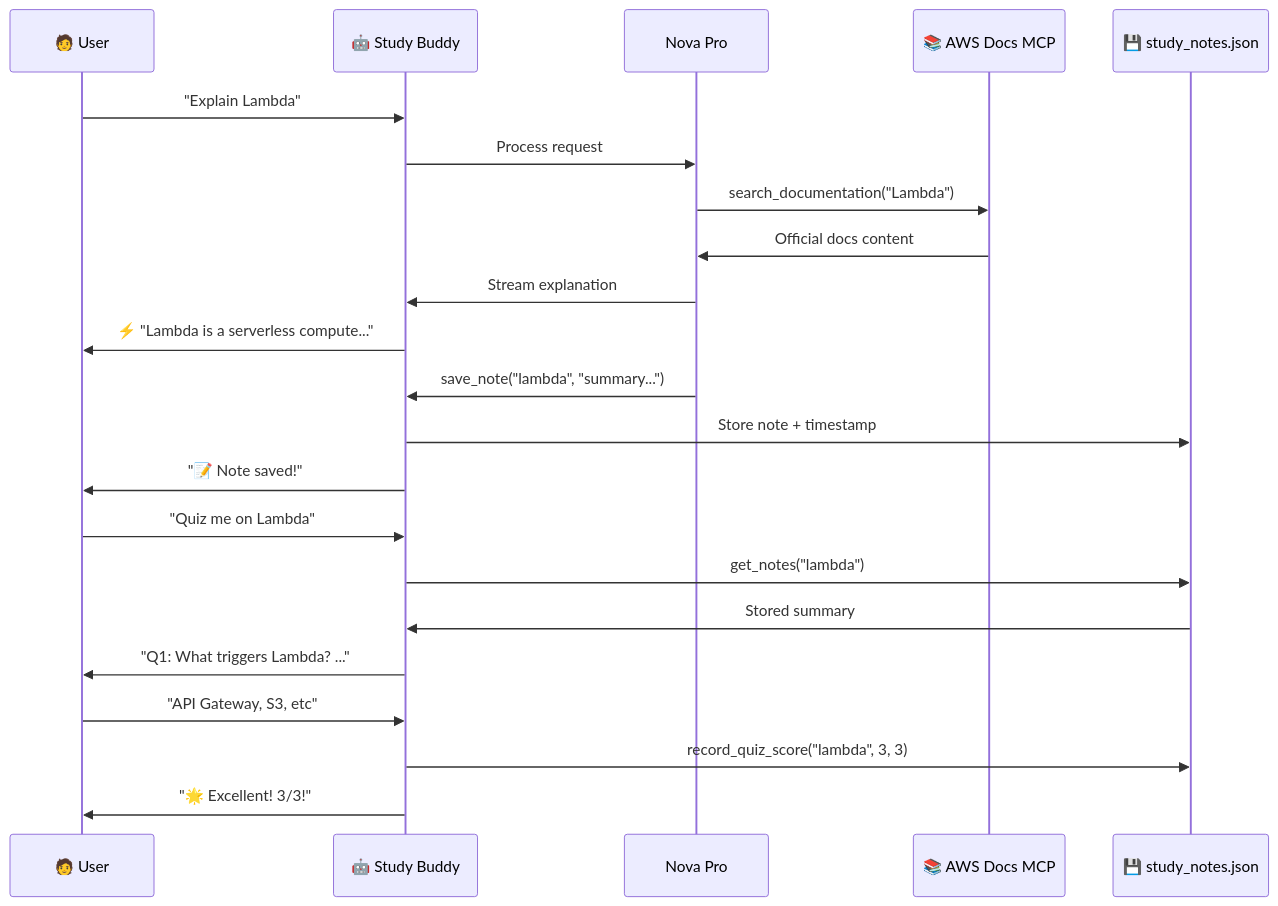
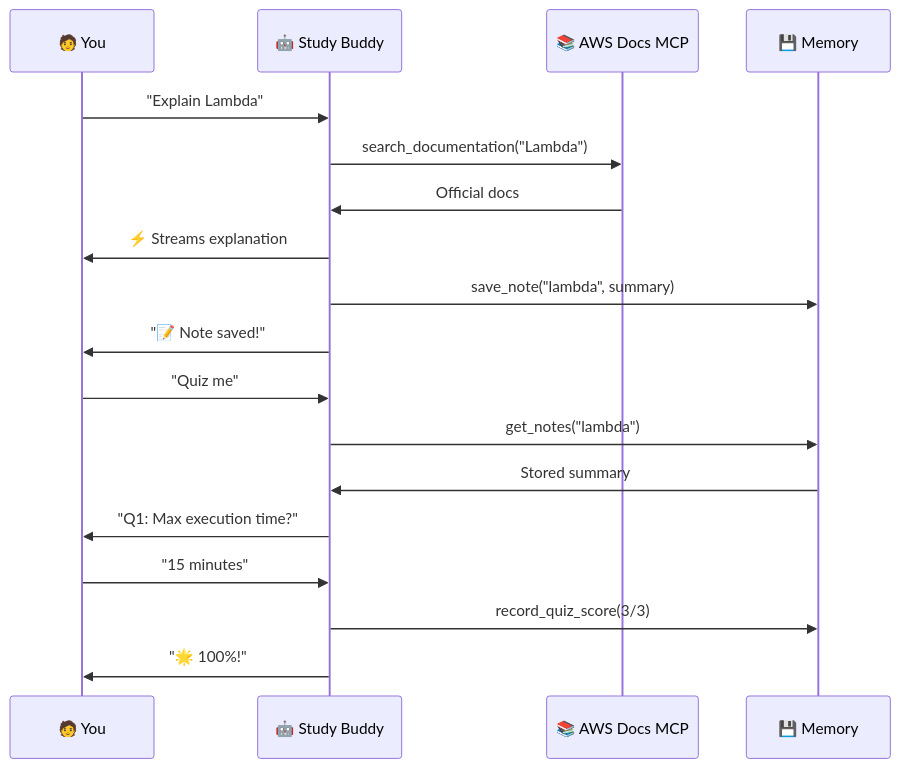
The second of 2 diagrams in challenge-5-mcp-agent/README.md (dineshrajdhanapathyDD/Building-AI-Agents-from-Zero-to-Hero), drawn with Mermaid before and after one commit. The commit also changed other lines of this file, not shown here.

````diff
--- a/challenge-5-mcp-agent/README.md
+++ b/challenge-5-mcp-agent/README.md
@@ -47,26 +128,22 @@
 ```mermaid
 sequenceDiagram
-    participant U as 🧑 User
+    participant U as 🧑 You
     participant A as 🤖 Study Buddy
-    participant M as Nova Pro
     participant MCP as 📚 AWS Docs MCP
-    participant F as 💾 study_notes.json
+    participant F as 💾 Memory
 
     U->>A: "Explain Lambda"
-    A->>M: Process request
-    M->>MCP: search_documentation("Lambda")
-    MCP->>M: Official docs content
-    M->>A: Stream explanation
-    A->>U: ⚡ "Lambda is a serverless compute..."
-    M->>A: save_note("lambda", "summary...")
-    A->>F: Store note + timestamp
+    A->>MCP: search_documentation("Lambda")
+    MCP->>A: Official docs
+    A->>U: ⚡ Streams explanation
+    A->>F: save_note("lambda", summary)
     A->>U: "📝 Note saved!"
 
-    U->>A: "Quiz me on Lambda"
+    U->>A: "Quiz me"
     A->>F: get_notes("lambda")
     F->>A: Stored summary
-    A->>U: "Q1: What triggers Lambda? ..."
-    U->>A: "API Gateway, S3, etc"
-    A->>F: record_quiz_score("lambda", 3, 3)
-    A->>U: "🌟 Excellent! 3/3!"
+    A->>U: "Q1: Max execution time?"
+    U->>A: "15 minutes"
+    A->>F: record_quiz_score(3/3)
+    A->>U: "🌟 100%!"
 ```
````
